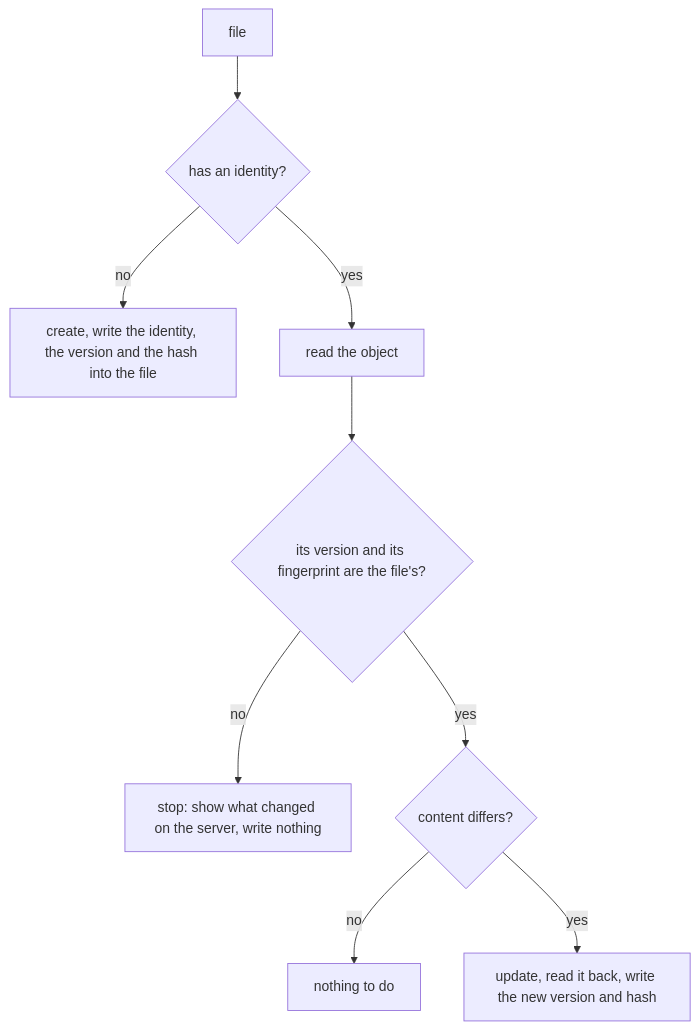
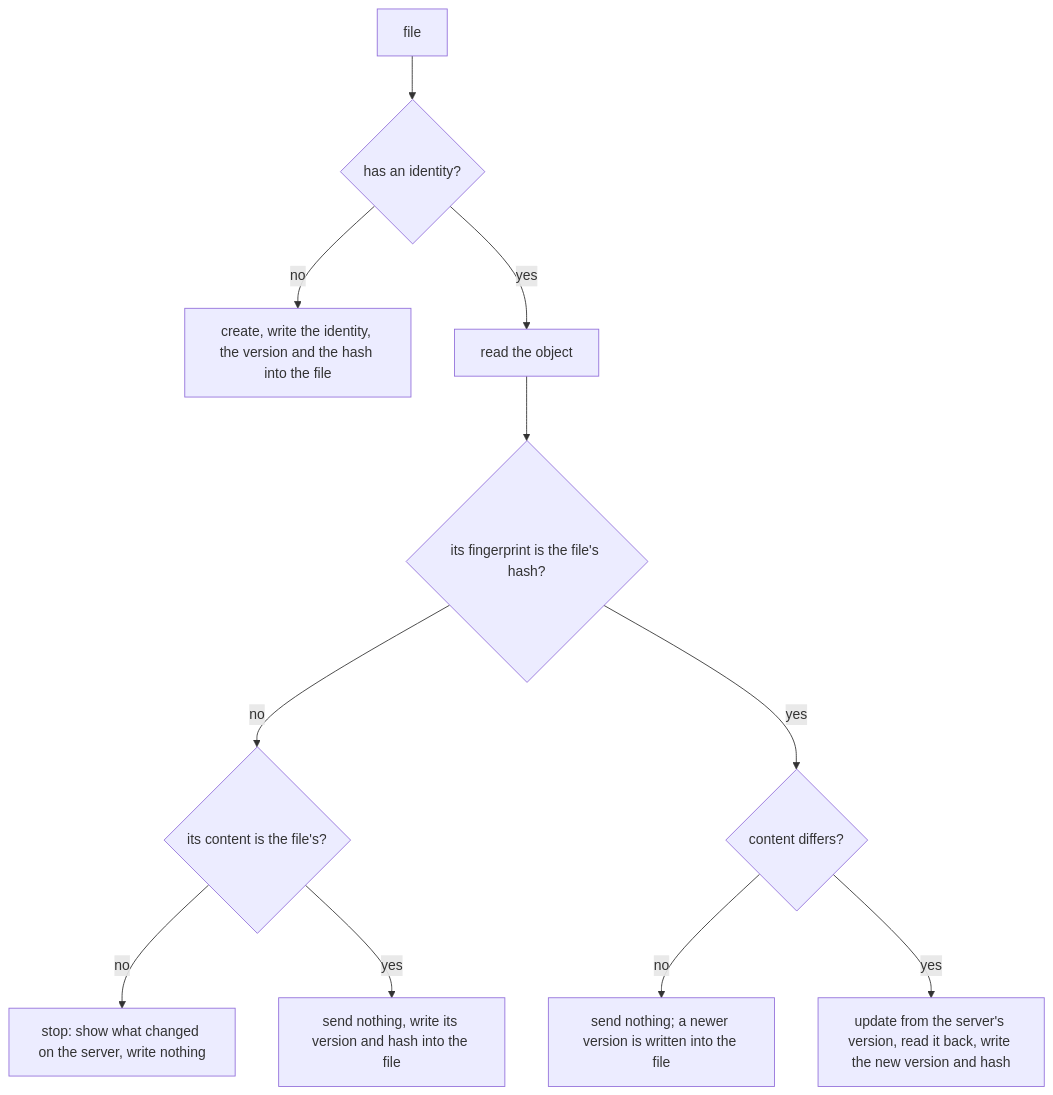
The diagram in docs/design/files-in-git.md (bim-ba/ycli), drawn with Mermaid before and after one commit. The commit also changed other lines of this file and 17 other files, not shown here.

First line of the commit message:
feat(sync): a new version alone is no change on the server (#613)

````diff
--- a/docs/design/files-in-git.md
+++ b/docs/design/files-in-git.md
@@ -317,11 +335,13 @@
 ```mermaid
 flowchart TD
     F[file] --> L{has an identity?}
     L -- no --> C[create, write the identity, the version and the hash into the file]
     L -- yes --> R[read the object]
-    R --> V{its version and its fingerprint are the file's?}
-    V -- no --> S[stop: show what changed on the server, write nothing]
+    R --> V{its fingerprint is the file's hash?}
+    V -- no --> E{its content is the file's?}
+    E -- no --> S[stop: show what changed on the server, write nothing]
+    E -- yes --> W[send nothing, write its version and hash into the file]
     V -- yes --> D{content differs?}
-    D -- no --> N[nothing to do]
-    D -- yes --> U[update, read it back, write the new version and hash]
+    D -- no --> N[send nothing; a newer version is written into the file]
+    D -- yes --> U[update from the server's version, read it back, write the new version and hash]
 ```
````
